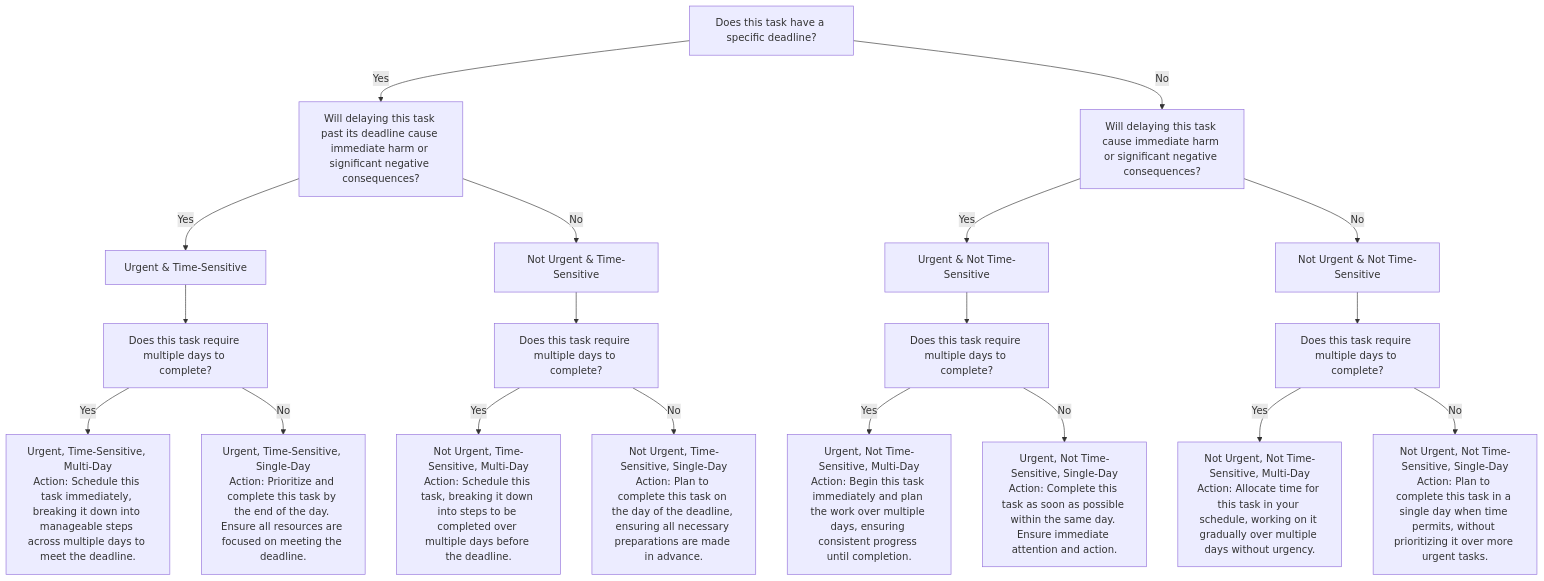
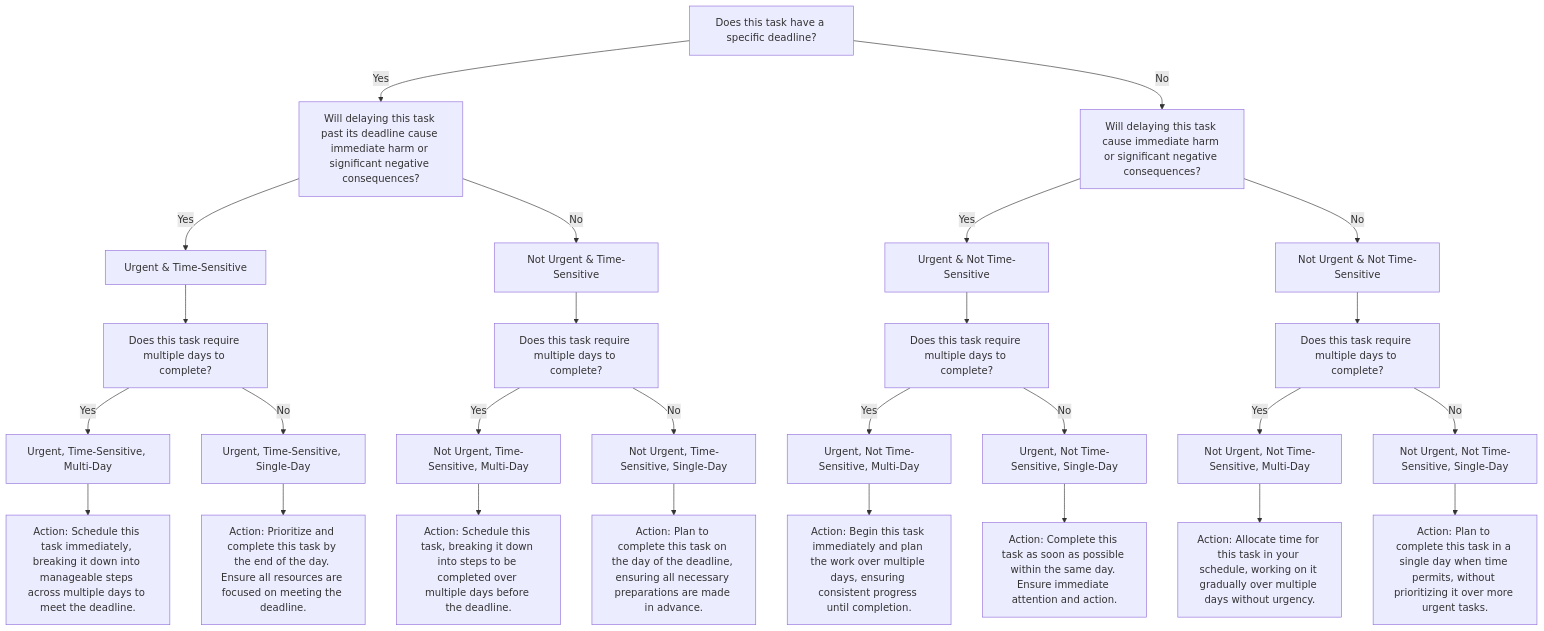
Before and after one commit to marioseixas/marioseixas.github.io: the diagram in _posts/2024-05-21-tasks-mermaid.md, drawn with Mermaid.

```diff
--- a/_posts/2024-05-21-tasks-mermaid.md
+++ b/_posts/2024-05-21-tasks-mermaid.md
@@ -10,21 +10,38 @@
 <div class="mermaid">
 graph TD
     A["Does this task have a specific deadline?"] -->|Yes| B["Will delaying this task past its deadline cause immediate harm or significant negative consequences?"]
     A -->|No| C["Will delaying this task cause immediate harm or significant negative consequences?"]
+
     B -->|Yes| D["Urgent & Time-Sensitive"]
     B -->|No| E["Not Urgent & Time-Sensitive"]
+    
     C -->|Yes| F["Urgent & Not Time-Sensitive"]
     C -->|No| G["Not Urgent & Not Time-Sensitive"]
+
     D --> H["Does this task require multiple days to complete?"]
     E --> I["Does this task require multiple days to complete?"]
     F --> J["Does this task require multiple days to complete?"]
     G --> K["Does this task require multiple days to complete?"]
-    H -->|Yes| L["Urgent, Time-Sensitive, Multi-Day\nAction: Schedule this task immediately, breaking it down into manageable steps across multiple days to meet the deadline."]
-    H -->|No| M["Urgent, Time-Sensitive, Single-Day\nAction: Prioritize and complete this task by the end of the day. Ensure all resources are focused on meeting the deadline."]
-    I -->|Yes| N["Not Urgent, Time-Sensitive, Multi-Day\nAction: Schedule this task, breaking it down into steps to be completed over multiple days before the deadline."]
-    I -->|No| O["Not Urgent, Time-Sensitive, Single-Day\nAction: Plan to complete this task on the day of the deadline, ensuring all necessary preparations are made in advance."]
-    J -->|Yes| P["Urgent, Not Time-Sensitive, Multi-Day\nAction: Begin this task immediately and plan the work over multiple days, ensuring consistent progress until completion."]
-    J -->|No| Q["Urgent, Not Time-Sensitive, Single-Day\nAction: Complete this task as soon as possible within the same day. Ensure immediate attention and action."]
-    K -->|Yes| R["Not Urgent, Not Time-Sensitive, Multi-Day\nAction: Allocate time for this task in your schedule, working on it gradually over multiple days without urgency."]
-    K -->|No| S["Not Urgent, Not Time-Sensitive, Single-Day\nAction: Plan to complete this task in a single day when time permits, without prioritizing it over more urgent tasks."]
+
+    H -->|Yes| L["Urgent, Time-Sensitive, Multi-Day"]
+    H -->|No| M["Urgent, Time-Sensitive, Single-Day"]
+    
+    I -->|Yes| N["Not Urgent, Time-Sensitive, Multi-Day"]
+    I -->|No| O["Not Urgent, Time-Sensitive, Single-Day"]
+
+    J -->|Yes| P["Urgent, Not Time-Sensitive, Multi-Day"]
+    J -->|No| Q["Urgent, Not Time-Sensitive, Single-Day"]
+
+    K -->|Yes| R["Not Urgent, Not Time-Sensitive, Multi-Day"]
+    K -->|No| S["Not Urgent, Not Time-Sensitive, Single-Day"]
+
+    L --> LA["Action: Schedule this task immediately, breaking it down into manageable steps across multiple days to meet the deadline."]
+    M --> MA["Action: Prioritize and complete this task by the end of the day. Ensure all resources are focused on meeting the deadline."]
+    N --> NA["Action: Schedule this task, breaking it down into steps to be completed over multiple days before the deadline."]
+    O --> OA["Action: Plan to complete this task on the day of the deadline, ensuring all necessary preparations are made in advance."]
+    P --> PA["Action: Begin this task immediately and plan the work over multiple days, ensuring consistent progress until completion."]
+    Q --> QA["Action: Complete this task as soon as possible within the same day. Ensure immediate attention and action."]
+    R --> RA["Action: Allocate time for this task in your schedule, working on it gradually over multiple days without urgency."]
+    S --> SA["Action: Plan to complete this task in a single day when time permits, without prioritizing it over more urgent tasks."]
+
 </div>
```
